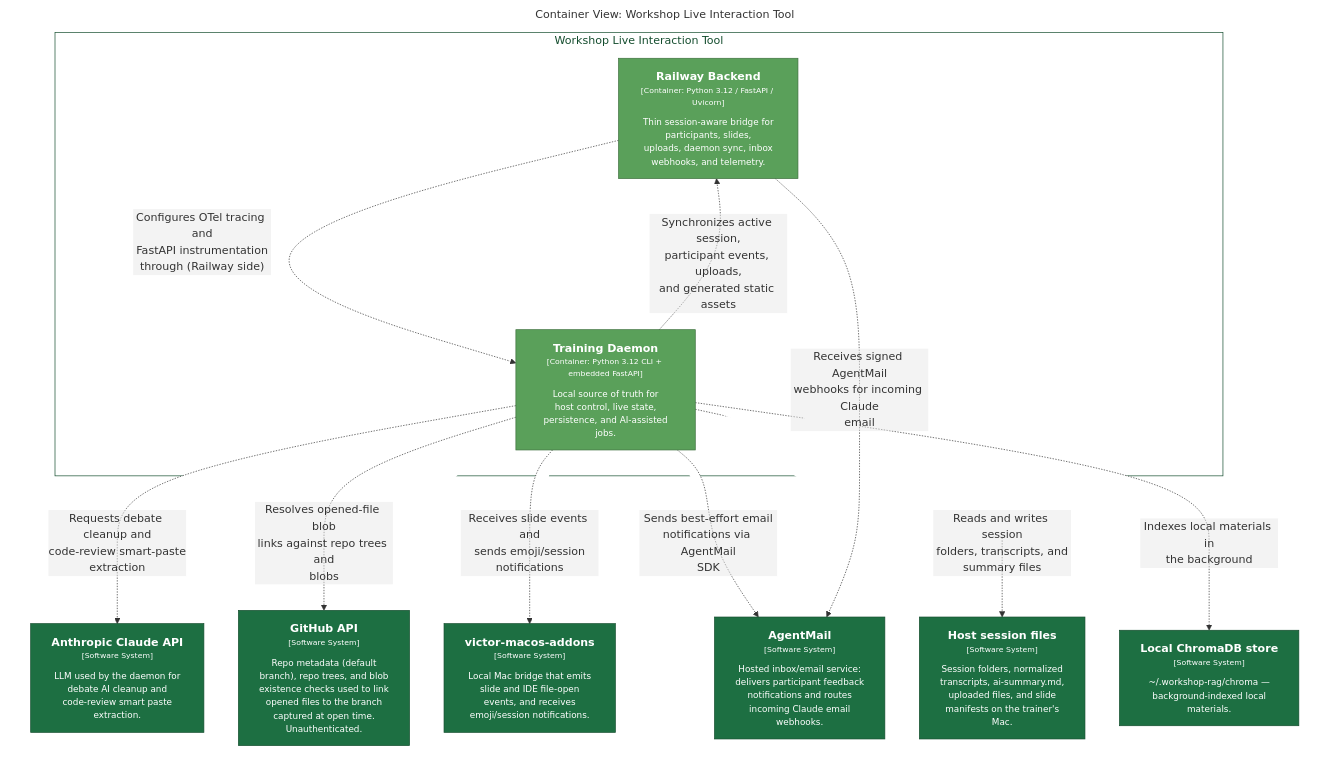
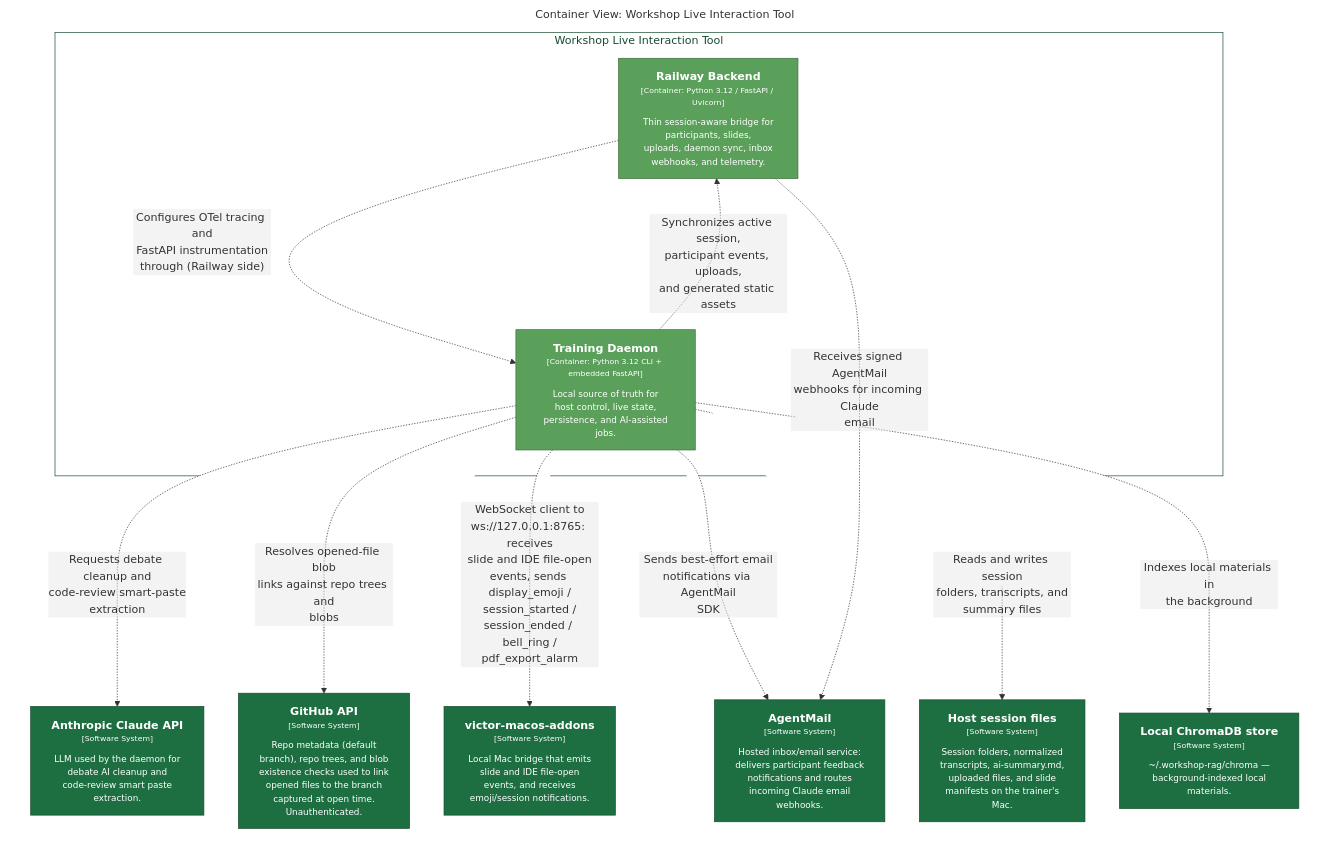
The diagram in docs/c4views/C2-Training-Daemon-Only.mmd (victorrentea/training-assistant), drawn with Mermaid before and after one commit. The commit also changed 16 other files, not shown here.

```diff
--- a/docs/c4views/C2-Training-Daemon-Only.mmd
+++ b/docs/c4views/C2-Training-Daemon-Only.mmd
@@ -1,39 +1,39 @@
 graph LR
   linkStyle default fill:#ffffff
 
   subgraph diagram ["Container View: Workshop Live Interaction Tool"]
     style diagram fill:#ffffff,stroke:#ffffff
 
     3["<div style='font-weight: bold'>Anthropic Claude API</div><div style='font-size: 70%; margin-top: 0px'>[Software System]</div><div style='font-size: 80%; margin-top:10px'>LLM used by the daemon for<br />debate AI cleanup and<br />code-review smart paste<br />extraction.</div>"]
     style 3 fill:#1d6f42,stroke:#144d2e,color:#ffffff
     4["<div style='font-weight: bold'>GitHub API</div><div style='font-size: 70%; margin-top: 0px'>[Software System]</div><div style='font-size: 80%; margin-top:10px'>Repo metadata (default<br />branch), repo trees, and blob<br />existence checks used to link<br />opened files to the branch<br />captured at open time.<br />Unauthenticated.</div>"]
     style 4 fill:#1d6f42,stroke:#144d2e,color:#ffffff
     5["<div style='font-weight: bold'>victor-macos-addons</div><div style='font-size: 70%; margin-top: 0px'>[Software System]</div><div style='font-size: 80%; margin-top:10px'>Local Mac bridge that emits<br />slide and IDE file-open<br />events, and receives<br />emoji/session notifications.</div>"]
     style 5 fill:#1d6f42,stroke:#144d2e,color:#ffffff
     8["<div style='font-weight: bold'>AgentMail</div><div style='font-size: 70%; margin-top: 0px'>[Software System]</div><div style='font-size: 80%; margin-top:10px'>Hosted inbox/email service:<br />delivers participant feedback<br />notifications and routes<br />incoming Claude email<br />webhooks.</div>"]
     style 8 fill:#1d6f42,stroke:#144d2e,color:#ffffff
     9["<div style='font-weight: bold'>Host session files</div><div style='font-size: 70%; margin-top: 0px'>[Software System]</div><div style='font-size: 80%; margin-top:10px'>Session folders, normalized<br />transcripts, ai-summary.md,<br />uploaded files, and slide<br />manifests on the trainer's<br />Mac.</div>"]
     style 9 fill:#1d6f42,stroke:#144d2e,color:#ffffff
     10["<div style='font-weight: bold'>Local ChromaDB store</div><div style='font-size: 70%; margin-top: 0px'>[Software System]</div><div style='font-size: 80%; margin-top:10px'>~/.workshop-rag/chroma —<br />background-indexed local<br />materials.</div>"]
     style 10 fill:#1d6f42,stroke:#144d2e,color:#ffffff
 
     subgraph 11 ["Workshop Live Interaction Tool"]
       style 11 fill:#ffffff,stroke:#144d2e,color:#144d2e
 
       14["<div style='font-weight: bold'>Railway Backend</div><div style='font-size: 70%; margin-top: 0px'>[Container: Python 3.12 / FastAPI / Uvicorn]</div><div style='font-size: 80%; margin-top:10px'>Thin session-aware bridge for<br />participants, slides,<br />uploads, daemon sync, inbox<br />webhooks, and telemetry.</div>"]
       style 14 fill:#5aa05a,stroke:#3e703e,color:#ffffff
       24["<div style='font-weight: bold'>Training Daemon</div><div style='font-size: 70%; margin-top: 0px'>[Container: Python 3.12 CLI + embedded FastAPI]</div><div style='font-size: 80%; margin-top:10px'>Local source of truth for<br />host control, live state,<br />persistence, and AI-assisted<br />jobs.</div>"]
       style 24 fill:#5aa05a,stroke:#3e703e,color:#ffffff
     end
 
     24-. "<div>Synchronizes active session,<br />participant events, uploads,<br />and generated static assets</div><div style='font-size: 70%'></div>" .->14
     24-. "<div>Requests debate cleanup and<br />code-review smart-paste<br />extraction</div><div style='font-size: 70%'></div>" .->3
     24-. "<div>Resolves opened-file blob<br />links against repo trees and<br />blobs</div><div style='font-size: 70%'></div>" .->4
-    24-. "<div>Receives slide events and<br />sends emoji/session<br />notifications</div><div style='font-size: 70%'></div>" .->5
+    24-. "<div>WebSocket client to<br />ws://127.0.0.1:8765: receives<br />slide and IDE file-open<br />events, sends display_emoji /<br />session_started /<br />session_ended / bell_ring /<br />pdf_export_alarm</div><div style='font-size: 70%'></div>" .->5
     24-. "<div>Sends best-effort email<br />notifications via AgentMail<br />SDK</div><div style='font-size: 70%'></div>" .->8
     24-. "<div>Reads and writes session<br />folders, transcripts, and<br />summary files</div><div style='font-size: 70%'></div>" .->9
     24-. "<div>Indexes local materials in<br />the background</div><div style='font-size: 70%'></div>" .->10
     14-. "<div>Receives signed AgentMail<br />webhooks for incoming Claude<br />email</div><div style='font-size: 70%'></div>" .->8
     14-. "<div>Configures OTel tracing and<br />FastAPI instrumentation<br />through (Railway side)</div><div style='font-size: 70%'></div>" .->24
 
   end
```
